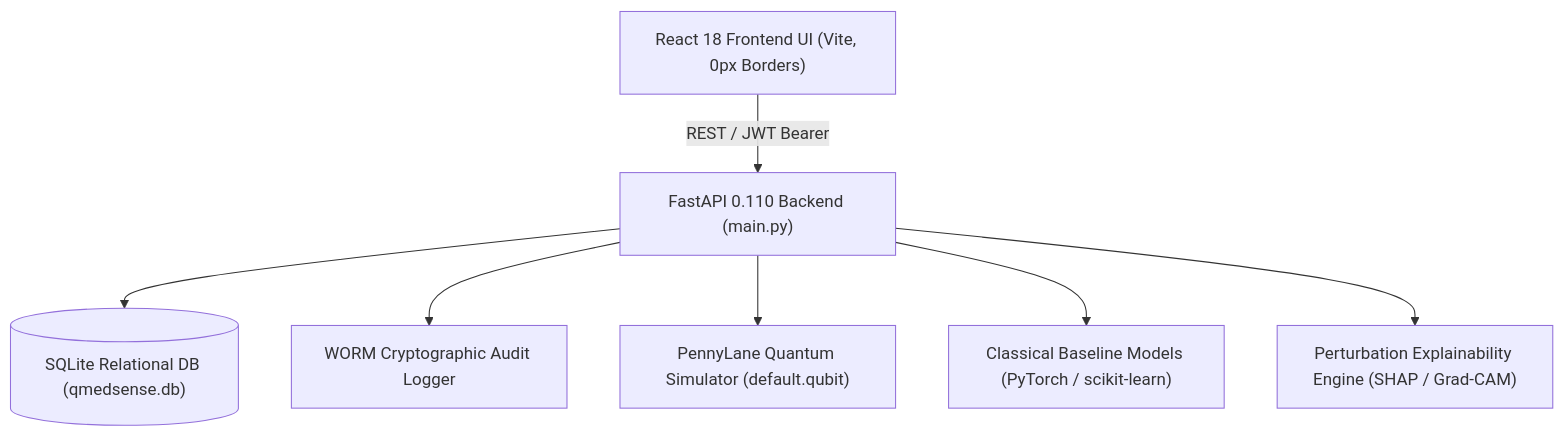
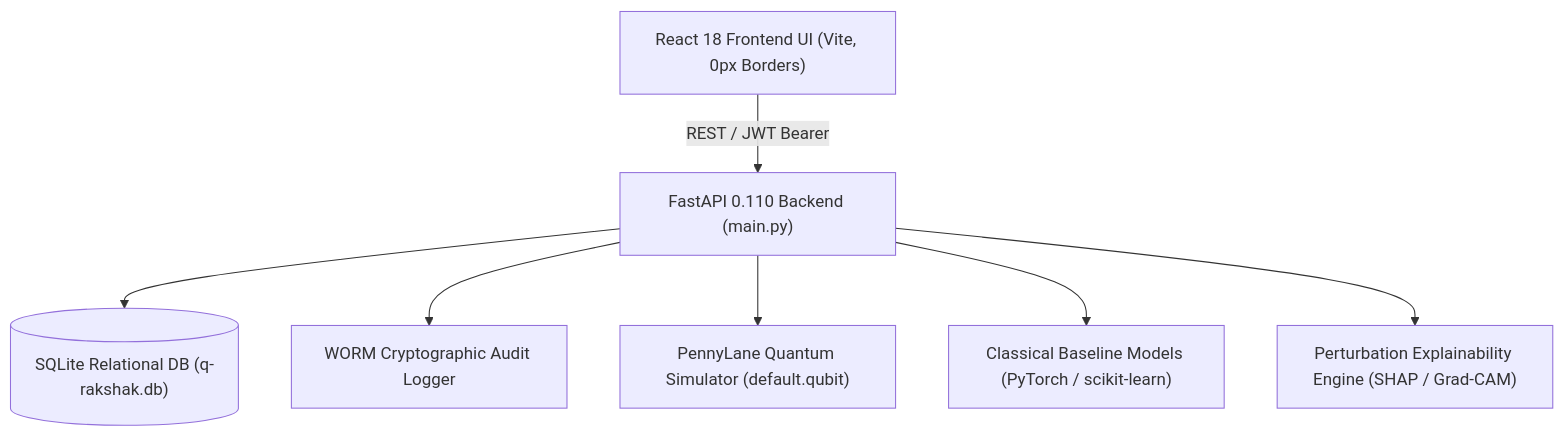
One commit to ARYANCY/QDoc changed the diagram in docs/INDEX.md. Above: the diagram before and after it, drawn with Mermaid. The commit also changed other lines of this file and 132 other files, not shown here.

````diff
--- a/docs/INDEX.md
+++ b/docs/INDEX.md
@@ -40,9 +40,9 @@
 ```mermaid
 graph TD
     UI["React 18 Frontend UI (Vite, 0px Borders)"] -->|REST / JWT Bearer| API["FastAPI 0.110 Backend (main.py)"]
-    API --> DB[("SQLite Relational DB (qmedsense.db)")]
+    API --> DB[("SQLite Relational DB (q-rakshak.db)")]
     API --> WORM["WORM Cryptographic Audit Logger"]
     API --> QML["PennyLane Quantum Simulator (default.qubit)"]
     API --> ML["Classical Baseline Models (PyTorch / scikit-learn)"]
     API --> Explain["Perturbation Explainability Engine (SHAP / Grad-CAM)"]
 ```
````
